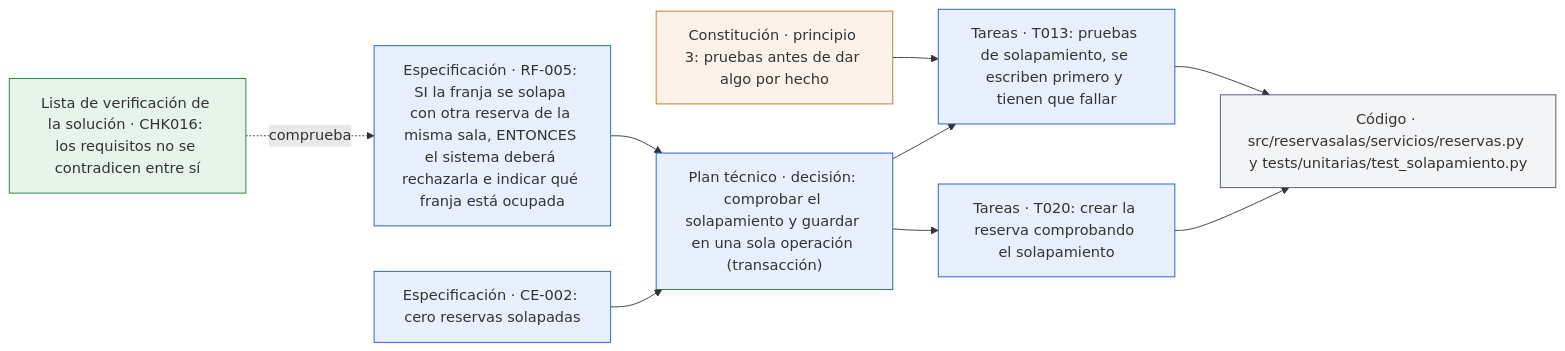
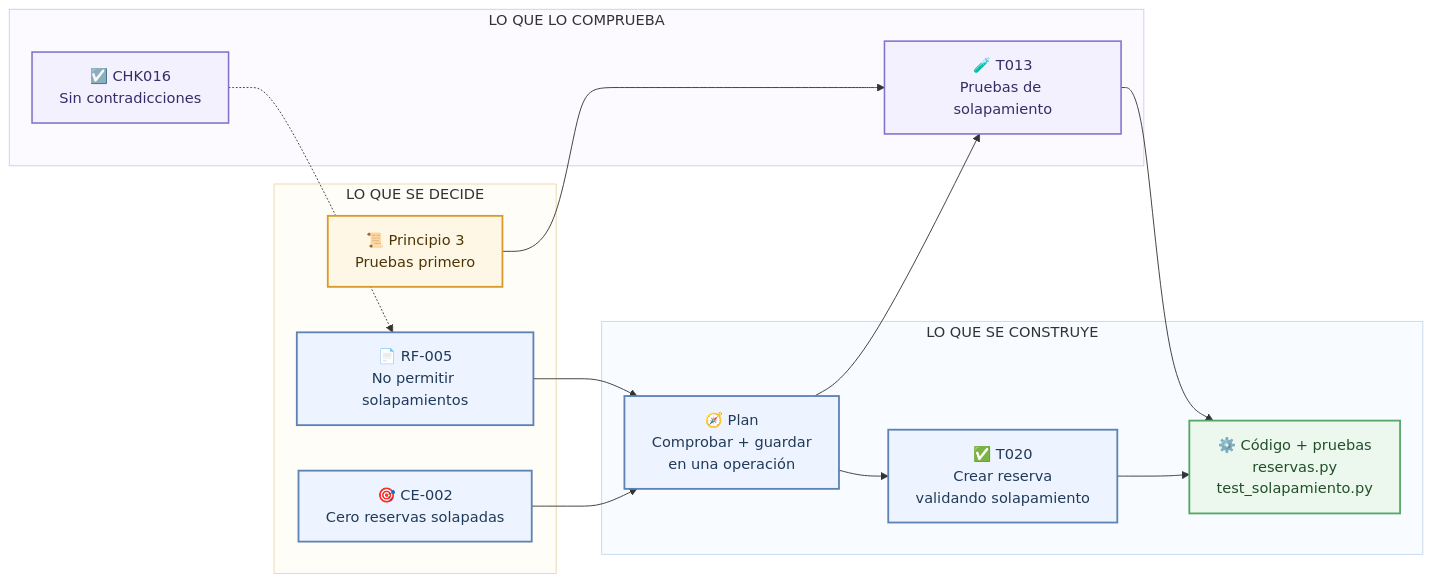
One commit to antroc/charla-sdd changed the second of 2 diagrams in diagramas/03-artefactos-y-relaciones.md. Above: the diagram before and after it, drawn with Mermaid. The commit also changed other lines of this file and 5 other files, not shown here.

Commit message:
Mejorar visualmente los diagramas Mermaid

````diff
--- a/diagramas/03-artefactos-y-relaciones.md
+++ b/diagramas/03-artefactos-y-relaciones.md
@@ -59,24 +86,42 @@
 ```mermaid
 flowchart LR
-  P3["Constitución · principio 3: pruebas antes de dar algo por hecho"]
-  RF["Especificación · RF-005: SI la franja se solapa con otra reserva de la misma sala, ENTONCES el sistema deberá rechazarla e indicar qué franja está ocupada"]
-  CE["Especificación · CE-002: cero reservas solapadas"]
-  CHK["Lista de verificación de la solución · CHK016: los requisitos no se contradicen entre sí"]
-  D["Plan técnico · decisión: comprobar el solapamiento y guardar en una sola operación (transacción)"]
-  T13["Tareas · T013: pruebas de solapamiento, se escriben primero y tienen que fallar"]
-  T20["Tareas · T020: crear la reserva comprobando el solapamiento"]
-  COD["Código · src/reservasalas/servicios/reservas.py y tests/unitarias/test_solapamiento.py"]
-  CHK -.->|"comprueba"| RF
-  RF & CE --> D
+  subgraph origen["LO QUE SE DECIDE"]
+    P3["📜 Principio 3<br/>Pruebas primero"]
+    RF["📄 RF-005<br/>No permitir solapamientos"]
+    CE["🎯 CE-002<br/>Cero reservas solapadas"]
+  end
+
+  subgraph control["LO QUE LO COMPRUEBA"]
+    CHK["☑️ CHK016<br/>Sin contradicciones"]
+    T13["🧪 T013<br/>Pruebas de solapamiento"]
+  end
+
+  subgraph construccion["LO QUE SE CONSTRUYE"]
+    D["🧭 Plan<br/>Comprobar + guardar<br/>en una operación"]
+    T20["✅ T020<br/>Crear reserva<br/>validando solapamiento"]
+    COD["⚙️ Código + pruebas<br/>reservas.py<br/>test_solapamiento.py"]
+  end
+
+  CHK -.-> RF
+  RF --> D
+  CE --> D
   P3 --> T13
-  D --> T13 & T20
-  T13 & T20 --> COD
-  classDef principios fill:#FDF2E9,stroke:#B7791F;
-  classDef documento fill:#E8F0FE,stroke:#1A56DB;
-  classDef control fill:#E6F4EA,stroke:#1E7B34;
-  classDef codigo fill:#F3F4F6,stroke:#4B5563;
-  class P3 principios;
-  class RF,CE,D,T13,T20 documento;
-  class CHK control;
-  class COD codigo;
+  D --> T13
+  D --> T20
+  T13 --> COD
+  T20 --> COD
+
+  classDef rule fill:#FFF7E6,stroke:#D89B2B,stroke-width:2px,color:#4B3505;
+  classDef doc fill:#EEF4FF,stroke:#5D83B3,stroke-width:2px,color:#203A59;
+  classDef check fill:#F4F1FF,stroke:#8172C9,stroke-width:1.7px,color:#352D65;
+  classDef output fill:#ECF8EE,stroke:#55A868,stroke-width:2px,color:#214F2A;
+
+  class P3 rule;
+  class RF,CE,D,T20 doc;
+  class CHK,T13 check;
+  class COD output;
+
+  style origen fill:#FFFDF8,stroke:#E9D8A6
+  style control fill:#FCFAFF,stroke:#D1CBEA
+  style construccion fill:#F8FBFF,stroke:#C8D8EC
 ```
````
